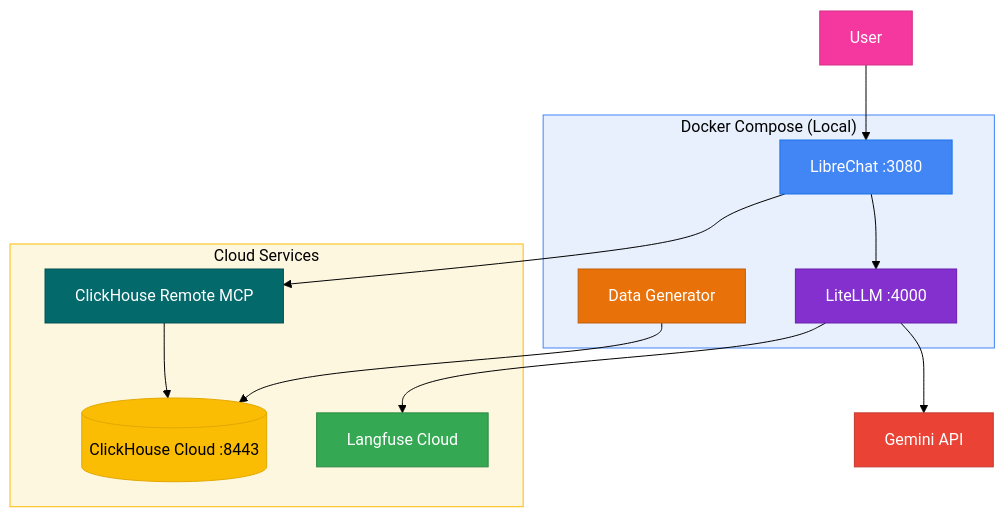
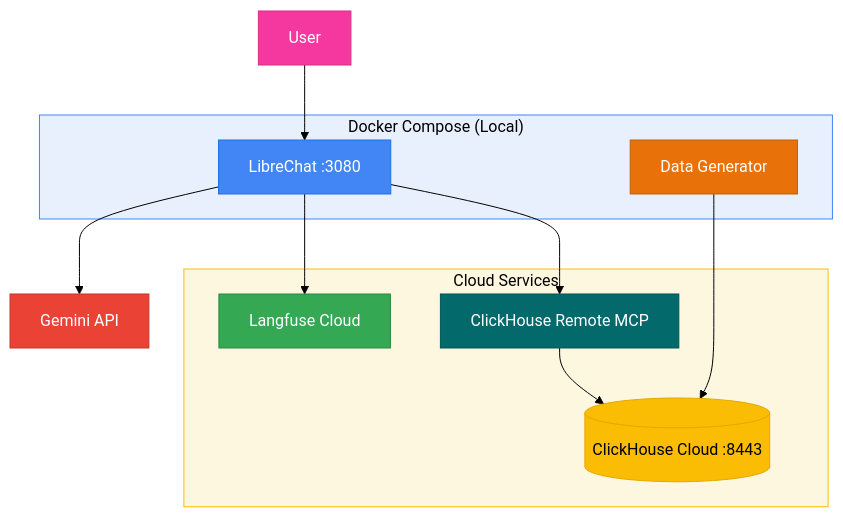
The second of 4 diagrams in agent_stack_builds/telco_marketing/README.md (ClickHouse/ClickHouse_Demos), drawn with Mermaid (forest theme) before and after one commit. The commit also changed other lines of this file and 13 other files, not shown here.

First line of the commit message:
refactor(telco_marketing): drop LiteLLM, native Langfuse, vectorized data generator

````diff
--- a/agent_stack_builds/telco_marketing/README.md
+++ b/agent_stack_builds/telco_marketing/README.md
@@ -131,31 +127,28 @@
 ```mermaid
 flowchart TB
     subgraph Docker["Docker Compose (Local)"]
         LC[LibreChat :3080]
-        LITE[LiteLLM :4000]
         DG[Data Generator]
-        LC --> LITE
     end
     subgraph Cloud["Cloud Services"]
         RMCP[ClickHouse Remote MCP]
         CH[(ClickHouse Cloud :8443)]
         LF[Langfuse Cloud]
         RMCP --> CH
     end
-    LITE --> GEMINI[Gemini API]
-    LITE --> LF
+    LC --> GEMINI[Gemini API]
+    LC --> LF
     USER[User] --> LC
     LC --> RMCP
     DG --> CH
 
     style LC fill:#4285F4,stroke:#1a73e8,color:#fff
-    style LITE fill:#8430CE,stroke:#6a1fb0,color:#fff
     style DG fill:#E8710A,stroke:#c25f08,color:#fff
     style RMCP fill:#04696B,stroke:#035354,color:#fff
     style CH fill:#FBBC04,stroke:#e0a800,color:#000
     style LF fill:#34A853,stroke:#2a8a43,color:#fff
     style GEMINI fill:#EA4335,stroke:#c5362a,color:#fff
     style USER fill:#F538A0,stroke:#d42e87,color:#fff
     style Docker fill:#e8f0fe,stroke:#4285F4,color:#000
     style Cloud fill:#fef7e0,stroke:#FBBC04,color:#000
 ```
````
